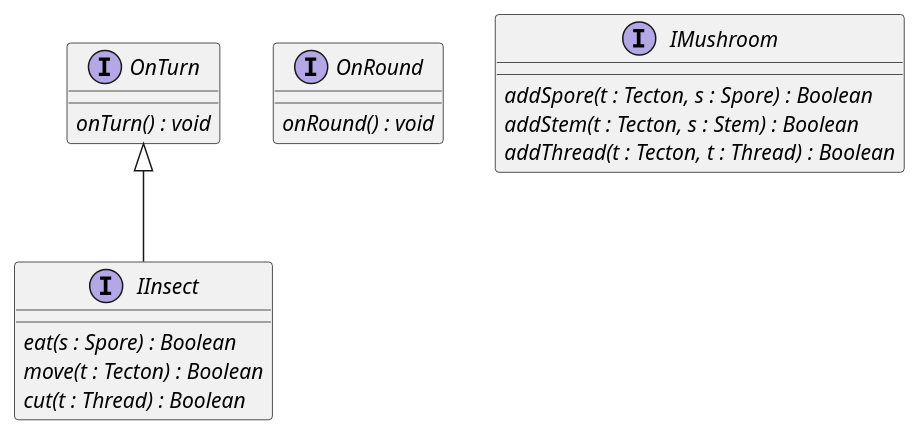
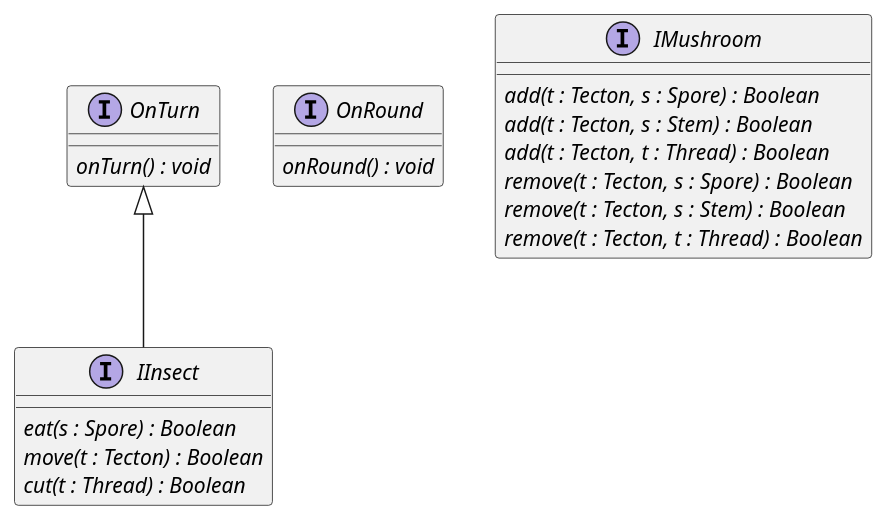
Before and after one commit to Petya-G/fungorium: the diagram in 4/classes/interface.puml, drawn with PlantUML.

Commit message:
added remove for imushroom

```diff
--- a/4/classes/interface.puml
+++ b/4/classes/interface.puml
@@ -1,23 +1,26 @@
 @startuml interface
 
 interface OnTurn{
     {abstract} onTurn() : void
 }
 
 interface OnRound{
     {abstract} onRound() : void
 }
 
 interface IInsect implements OnTurn{
     {abstract} eat(s : Spore) : Boolean
     {abstract} move(t : Tecton) : Boolean
     {abstract} cut(t : Thread) : Boolean
 }
 
 interface IMushroom{
-    {abstract} addSpore(t : Tecton, s : Spore) : Boolean
-    {abstract} addStem(t : Tecton, s : Stem) : Boolean
-    {abstract} addThread(t : Tecton, t : Thread) : Boolean
+    {abstract} add(t : Tecton, s : Spore) : Boolean
+    {abstract} add(t : Tecton, s : Stem) : Boolean
+    {abstract} add(t : Tecton, t : Thread) : Boolean
+    {abstract} remove(t : Tecton, s : Spore) : Boolean
+    {abstract} remove(t : Tecton, s : Stem) : Boolean
+    {abstract} remove(t : Tecton, t : Thread) : Boolean
 }
 
 @enduml
```
